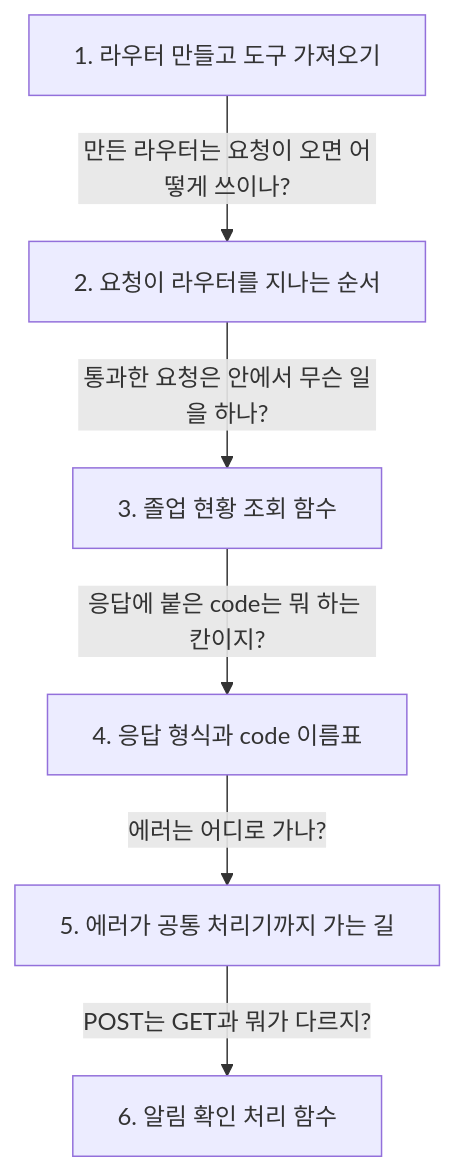
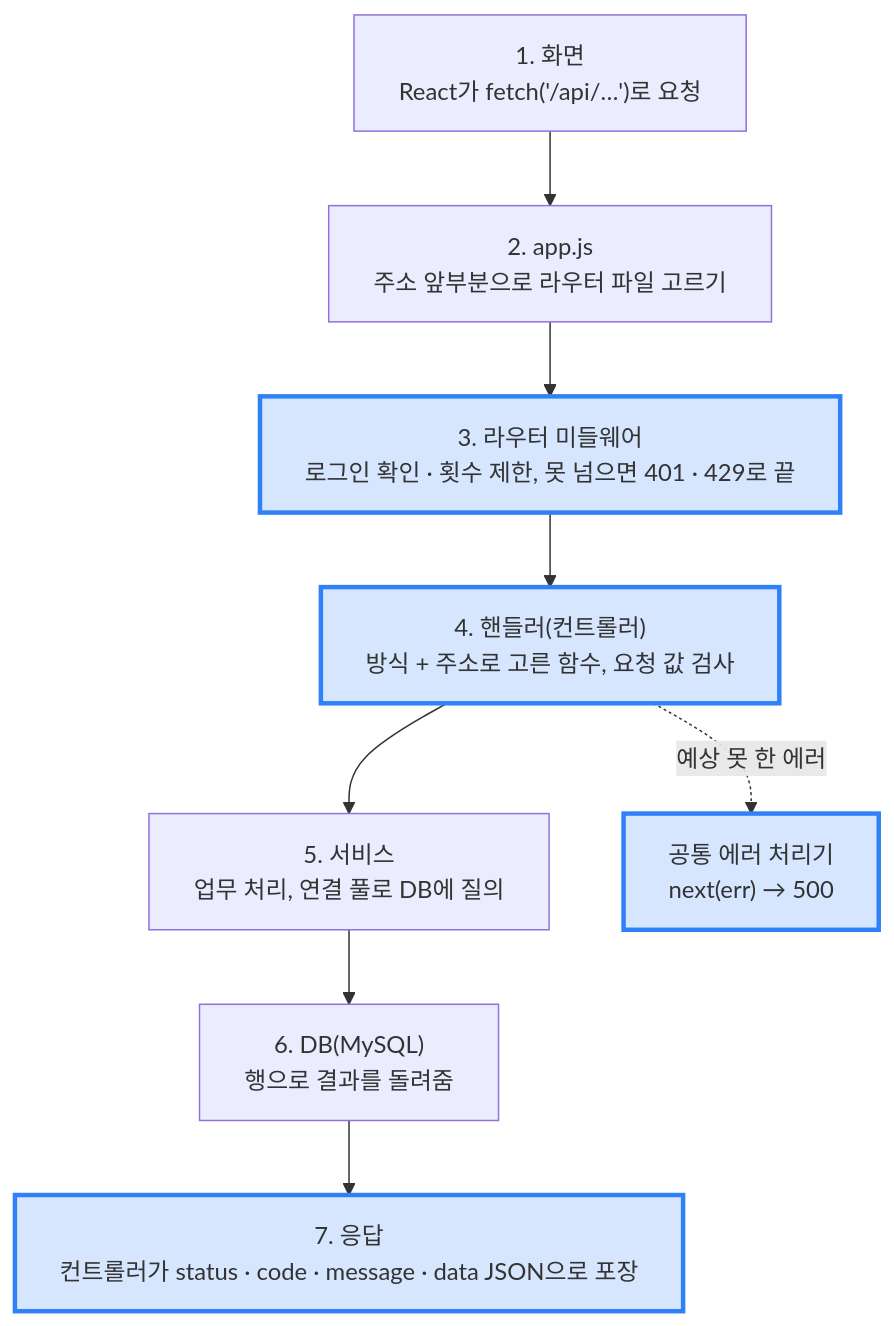
The first of 2 diagrams in 2026/November/11-05.md (ChildrenAon/TIL), drawn with Mermaid before and after one commit. The commit also changed other lines of this file, not shown here.

Commit message:
[ONE Student] 졸업 라우터 [JavaScript] require · .catch
고침: 학습 순서 흐름을 기능 전체 흐름 도식으로 바꿈

````diff
--- a/2026/November/11-05.md
+++ b/2026/November/11-05.md
@@ -20,9 +20,13 @@
 ```mermaid
 %%{init: {"flowchart": {"wrappingWidth": 600}, "themeCSS": ".edgeLabel div { display: table-cell !important; width: auto !important; max-width: none !important; white-space: nowrap !important; } .edgeLabel p { padding: 5px 12px !important; margin: 0 !important; background: #55555599; } .edgeLabel, .edgeLabel span, .edgeLabel .labelBkg { background: transparent !important; }"}}%%
 flowchart TD
-  A["1. 라우터 만들고 도구 가져오기"] -->|"만든 라우터는 요청이 오면 어떻게 쓰이나?"| B["2. 요청이 라우터를 지나는 순서"]
-  B -->|"통과한 요청은 안에서 무슨 일을 하나?"| C["3. 졸업 현황 조회 함수"]
-  C -->|"응답에 붙은 code는 뭐 하는 칸이지?"| D["4. 응답 형식과 code 이름표"]
-  D -->|"에러는 어디로 가나?"| E["5. 에러가 공통 처리기까지 가는 길"]
-  E -->|"POST는 GET과 뭐가 다르지?"| F["6. 알림 확인 처리 함수"]
+  A["1. 화면<br/>React가 fetch('/api/…')로 요청"] --> B["2. app.js<br/>주소 앞부분으로 라우터 파일 고르기"]
+  B --> C["3. 라우터 미들웨어<br/>로그인 확인 · 횟수 제한, 못 넘으면 401 · 429로 끝"]
+  C --> D["4. 핸들러(컨트롤러)<br/>방식 + 주소로 고른 함수, 요청 값 검사"]
+  D --> E["5. 서비스<br/>업무 처리, 연결 풀로 DB에 질의"]
+  E --> F["6. DB(MySQL)<br/>행으로 결과를 돌려줌"]
+  F --> G["7. 응답<br/>컨트롤러가 status · code · message · data JSON으로 포장"]
+  D -.->|"예상 못 한 에러"| H["공통 에러 처리기<br/>next(err) → 500"]
+  classDef seen fill:#2f81f733,stroke:#2f81f7,stroke-width:3px
+  class C,D,G,H seen
 ```
````
